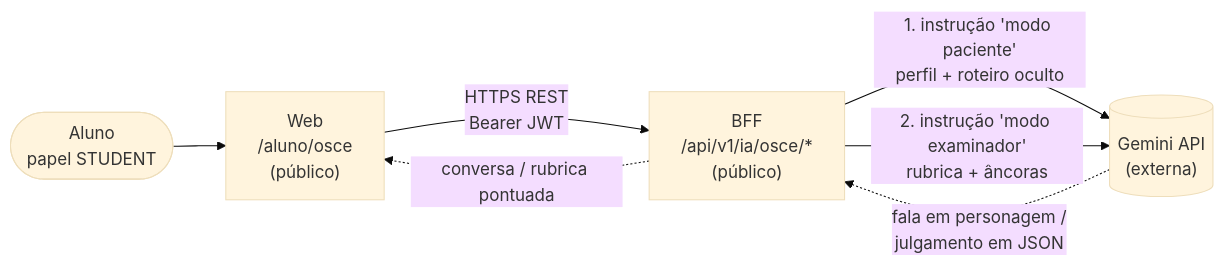
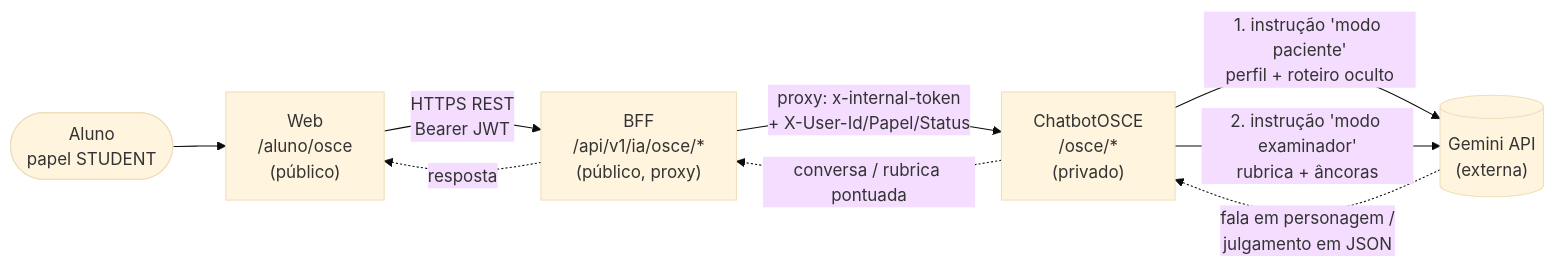
The diagram in docs/arquitetura/chatbot-osce.md (fga-eps-mds/2026-2-AnatoQuizUp-Doc), drawn with Mermaid (base theme) before and after one commit. The commit also changed other lines of this file and 1 other file, not shown here.

Commit message:
docs(arquitetura): reflete o ChatbotOSCE na simulacao OSCE e no ambiente de homologacao

````diff
--- a/docs/arquitetura/chatbot-osce.md
+++ b/docs/arquitetura/chatbot-osce.md
@@ -15,14 +15,17 @@
 ```mermaid
 flowchart LR
     aluno(["Aluno<br/>papel STUDENT"])
     web["Web<br/>/aluno/osce<br/>(público)"]
-    bff["BFF<br/>/api/v1/ia/osce/*<br/>(público)"]
+    bff["BFF<br/>/api/v1/ia/osce/*<br/>(público, proxy)"]
+    chatbot["ChatbotOSCE<br/>/osce/*<br/>(privado)"]
     gemini[("Gemini API<br/>(externa)")]
 
     aluno --> web
     web -->|"HTTPS REST<br/>Bearer JWT"| bff
-    bff -->|"1. instrução 'modo paciente'<br/>perfil + roteiro oculto"| gemini
-    bff -->|"2. instrução 'modo examinador'<br/>rubrica + âncoras"| gemini
-    gemini -.->|"fala em personagem /<br/>julgamento em JSON"| bff
-    bff -.->|"conversa / rubrica pontuada"| web
+    bff -->|"proxy: x-internal-token<br/>+ X-User-Id/Papel/Status"| chatbot
+    chatbot -->|"1. instrução 'modo paciente'<br/>perfil + roteiro oculto"| gemini
+    chatbot -->|"2. instrução 'modo examinador'<br/>rubrica + âncoras"| gemini
+    gemini -.->|"fala em personagem /<br/>julgamento em JSON"| chatbot
+    chatbot -.->|"conversa / rubrica pontuada"| bff
+    bff -.->|"resposta"| web
 ```
````
